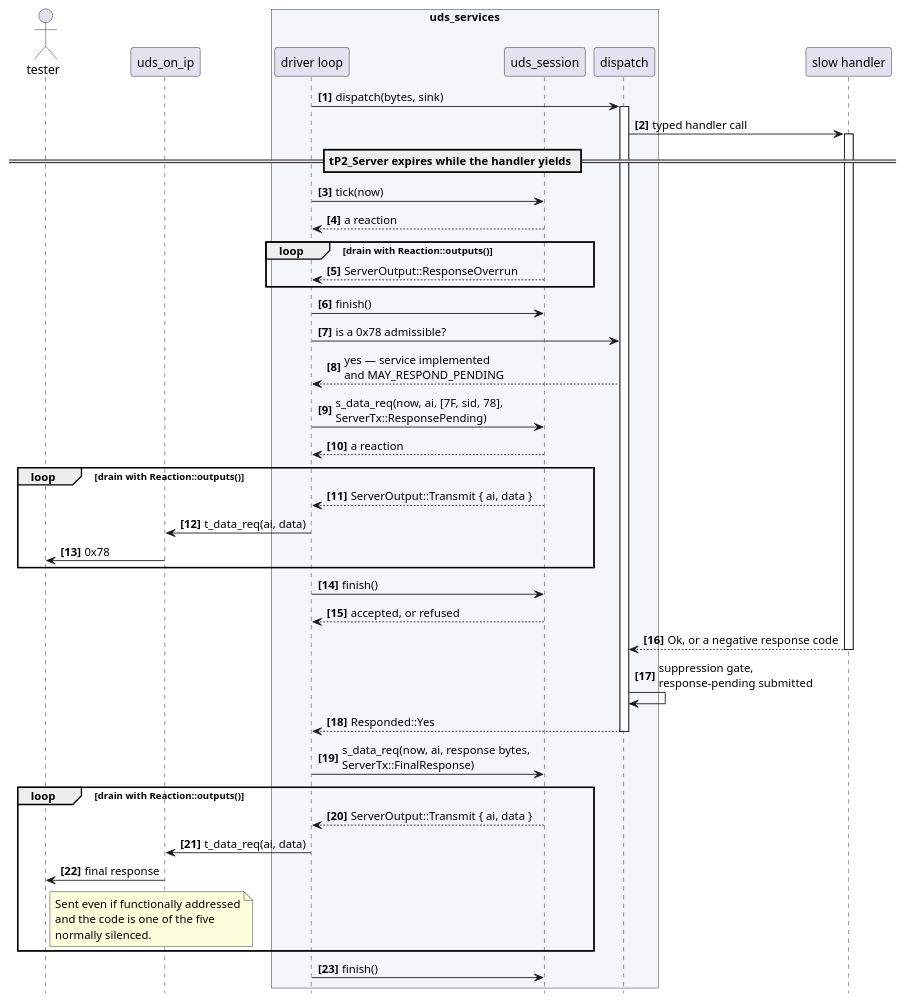
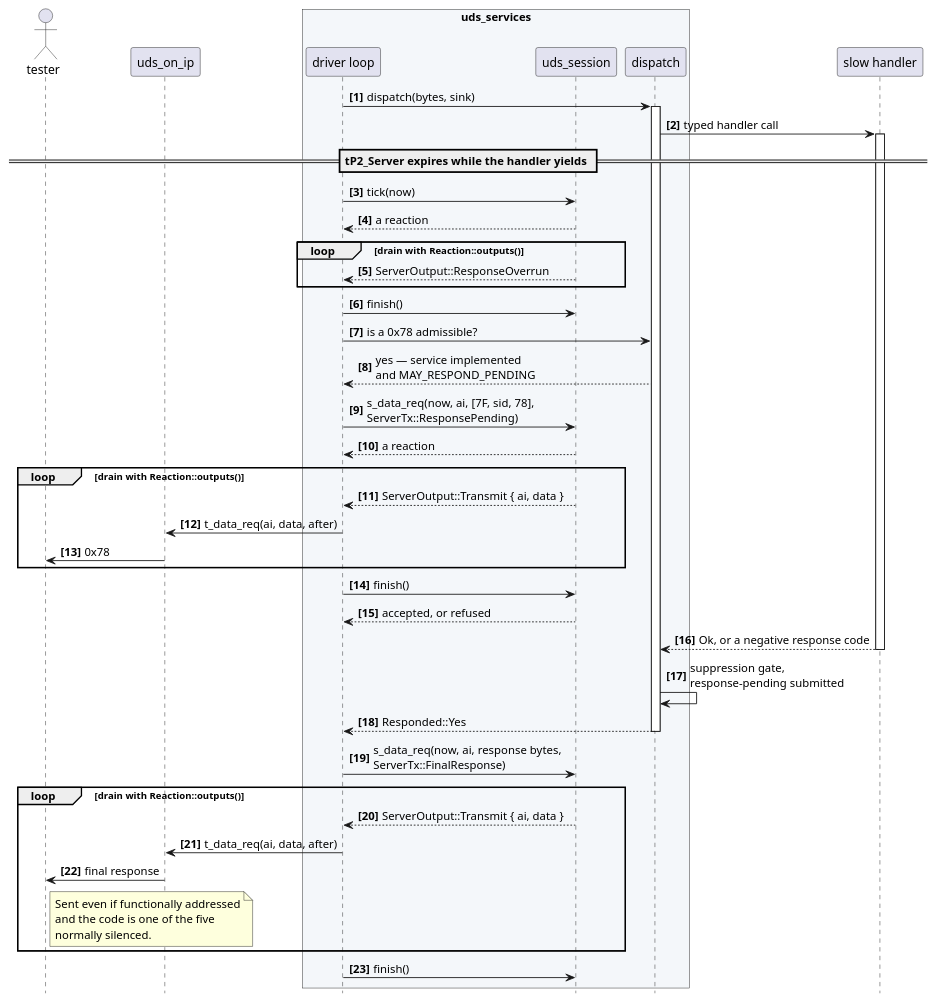
The diagram in docs/architecture/not-owned.rst (luminartech/uds_stack), drawn with PlantUML before and after one commit. The commit also changed 31 other files, not shown here.

```diff
--- a/docs/architecture/not-owned.rst
+++ b/docs/architecture/not-owned.rst
@@ -78,61 +78,61 @@
 .. uml::
    :align: center
    :caption: A handler that outruns ``tP2_Server``. The handler yielding is what lets the
              driver observe the overrun at all.
 
    @startuml
    autonumber "<b>[0]"
    hide footbox
 
    actor tester as T
    participant "uds_on_ip" as I
    box "uds_services" #F4F7FA
      participant "driver loop" as L
      participant "uds_session" as S
      participant "dispatch" as V
    end box
    participant "slow handler" as H
 
    L -> V : dispatch(bytes, sink)
    activate V
    V -> H : typed handler call
    activate H
 
    == tP2_Server expires while the handler yields ==
 
    L -> S : tick(now)
    S --> L : a reaction
    loop drain with Reaction::outputs()
      S --> L : ServerOutput::ResponseOverrun
    end
    L -> S : finish()
    L -> V : is a 0x78 admissible?
    V --> L : yes — service implemented\nand MAY_RESPOND_PENDING
    L -> S : s_data_req(now, ai, [7F, sid, 78],\nServerTx::ResponsePending)
    S --> L : a reaction
    loop drain with Reaction::outputs()
      S --> L : ServerOutput::Transmit { ai, data }
-     L -> I : t_data_req(ai, data)
+     L -> I : t_data_req(ai, data, after)
      I -> T : 0x78
    end
    L -> S : finish()
    S --> L : accepted, or refused
 
    H --> V : Ok, or a negative response code
    deactivate H
    V -> V : suppression gate,\nresponse-pending submitted
    V --> L : Responded::Yes
    deactivate V
    L -> S : s_data_req(now, ai, response bytes,\nServerTx::FinalResponse)
    loop drain with Reaction::outputs()
      S --> L : ServerOutput::Transmit { ai, data }
-     L -> I : t_data_req(ai, data)
+     L -> I : t_data_req(ai, data, after)
      I -> T : final response
      note right of T
        Sent even if functionally addressed
        and the code is one of the five
        normally silenced.
      end note
    end
    L -> S : finish()
    @enduml
```
